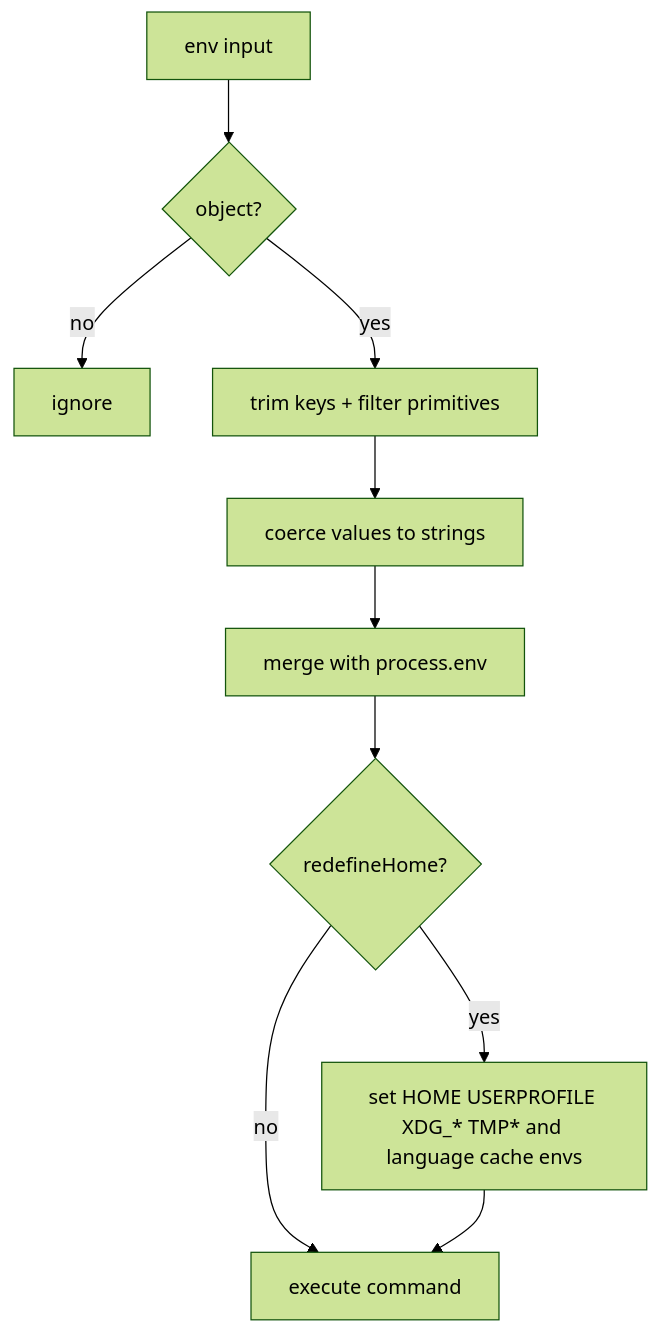
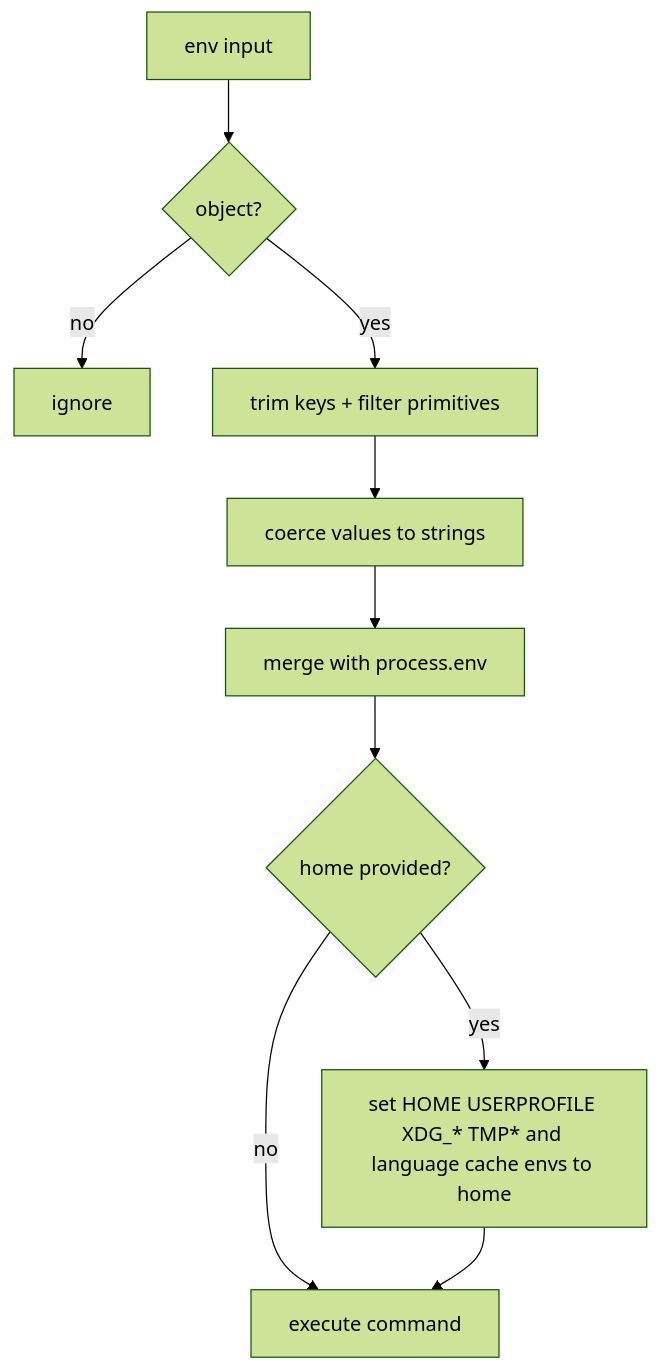
One commit to ex3ndr/daycare changed the diagram in docs/exec-env.md. Above: the diagram before and after it, drawn with Mermaid (forest theme). The commit also changed other lines of this file and 15 other files, not shown here.

Commit message:
feat(exec): replace redefineHome with home path option

````diff
--- a/docs/exec-env.md
+++ b/docs/exec-env.md
@@ -26,12 +25,12 @@
 ```mermaid
 flowchart TD
   A[env input] --> B{object?}
   B -- no --> C[ignore]
   B -- yes --> D[trim keys + filter primitives]
   D --> E[coerce values to strings]
   E --> F[merge with process.env]
-  F --> G{redefineHome?}
+  F --> G{home provided?}
   G -- no --> H[execute command]
-  G -- yes --> I[set HOME USERPROFILE XDG_* TMP* and language cache envs]
+  G -- yes --> I[set HOME USERPROFILE XDG_* TMP* and language cache envs to home]
   I --> H
 ```
````
